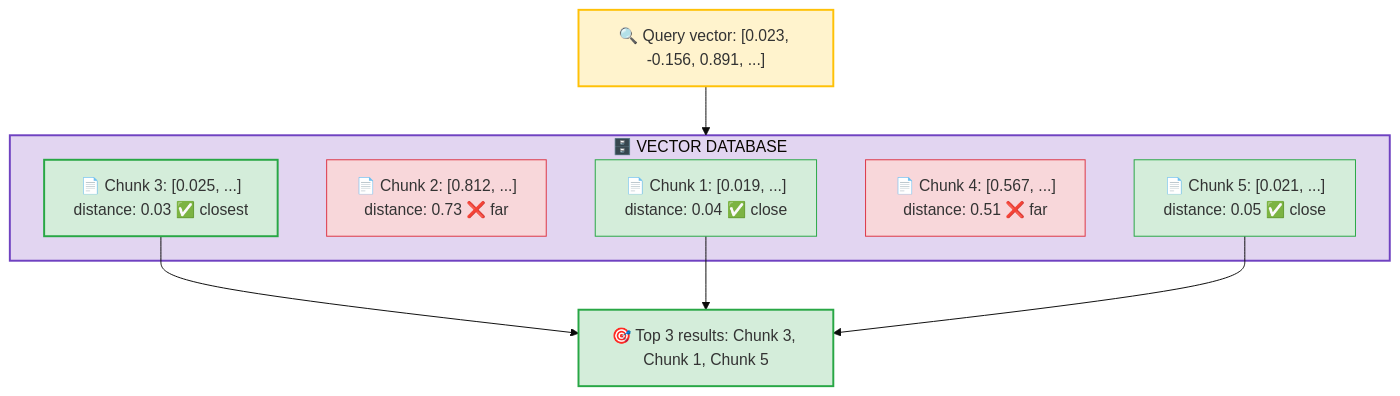
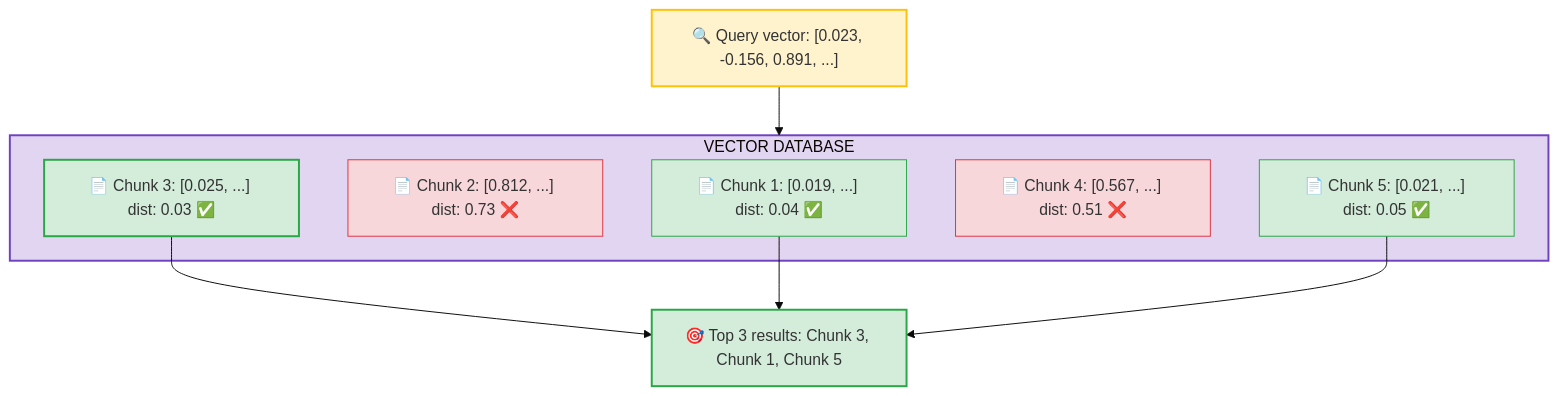
One commit to ithinktavo/GenAI-Engineering-Handbook changed the fifth of 10 diagrams in docs/04-rag-deep-dive.md. Above: the diagram before and after it, drawn with Mermaid (base theme). The commit also changed other lines of this file and 9 other files, not shown here.

First line of the commit message:
Fix Mermaid rendering: remove emoji from subgraph titles and unsupported syntax

````diff
--- a/docs/04-rag-deep-dive.md
+++ b/docs/04-rag-deep-dive.md
@@ -234,28 +234,28 @@
 ```mermaid
 graph TD
     Q["🔍 Query vector: [0.023, -0.156, 0.891, ...]"]
 
-    subgraph VDB["🗄️ VECTOR DATABASE"]
-        C1["📄 Chunk 1: [0.019, ...]\ndistance: 0.04 ✅ close"]
-        C2["📄 Chunk 2: [0.812, ...]\ndistance: 0.73 ❌ far"]
-        C3["📄 Chunk 3: [0.025, ...]\ndistance: 0.03 ✅ closest"]
-        C4["📄 Chunk 4: [0.567, ...]\ndistance: 0.51 ❌ far"]
-        C5["📄 Chunk 5: [0.021, ...]\ndistance: 0.05 ✅ close"]
+    subgraph VDB["VECTOR DATABASE"]
+        C1["📄 Chunk 1: [0.019, ...] dist: 0.04 ✅"]
+        C2["📄 Chunk 2: [0.812, ...] dist: 0.73 ❌"]
+        C3["📄 Chunk 3: [0.025, ...] dist: 0.03 ✅"]
+        C4["📄 Chunk 4: [0.567, ...] dist: 0.51 ❌"]
+        C5["📄 Chunk 5: [0.021, ...] dist: 0.05 ✅"]
     end
 
     R["🎯 Top 3 results: Chunk 3, Chunk 1, Chunk 5"]
 
     Q --> VDB
     C3 --> R
     C1 --> R
     C5 --> R
 
     style Q fill:#fff3cd,stroke:#ffc107,stroke-width:2px
     style VDB fill:#e2d5f1,stroke:#6f42c1,stroke-width:2px
     style C1 fill:#d4edda,stroke:#28a745
     style C2 fill:#f8d7da,stroke:#dc3545
     style C3 fill:#d4edda,stroke:#28a745,stroke-width:2px
     style C4 fill:#f8d7da,stroke:#dc3545
     style C5 fill:#d4edda,stroke:#28a745
     style R fill:#d4edda,stroke:#28a745,stroke-width:2px
 ```
````
